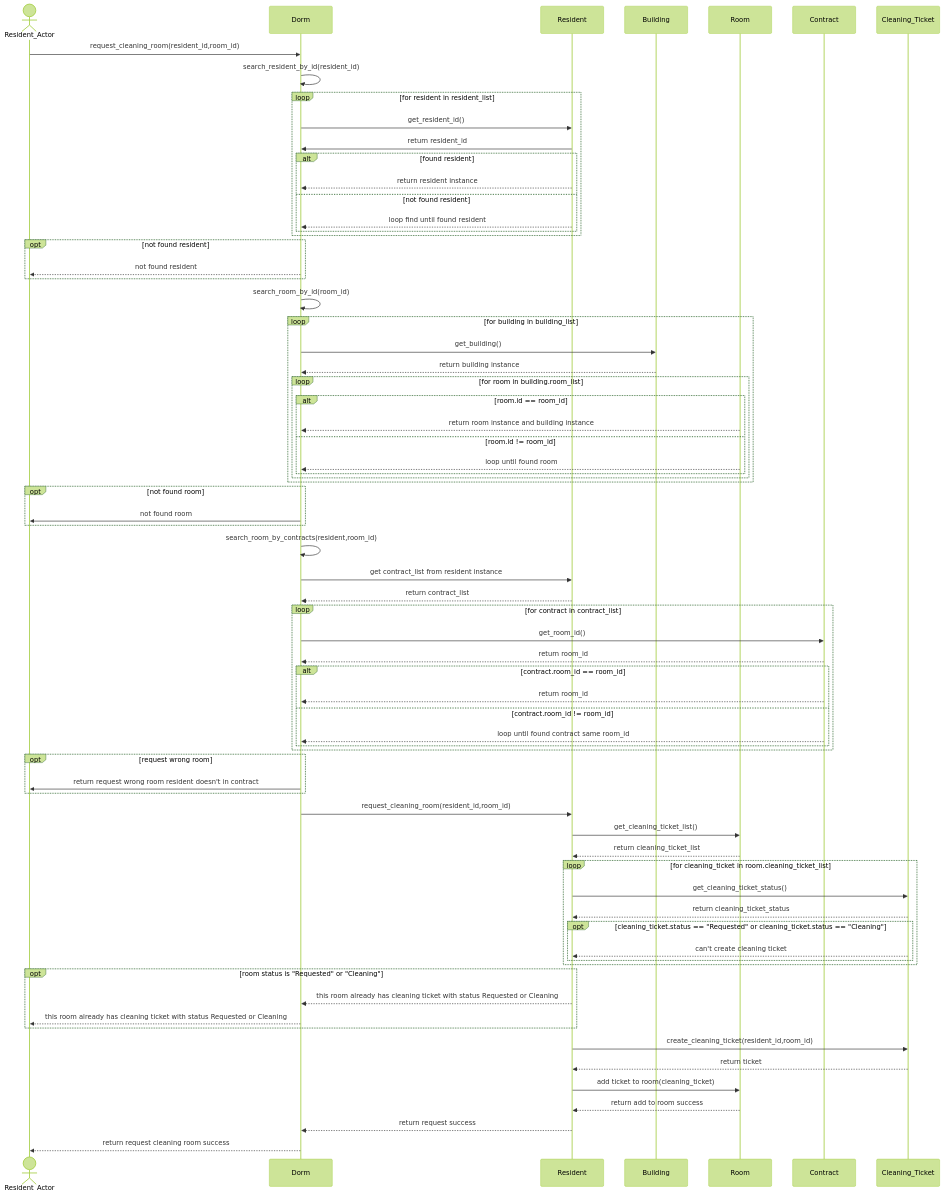
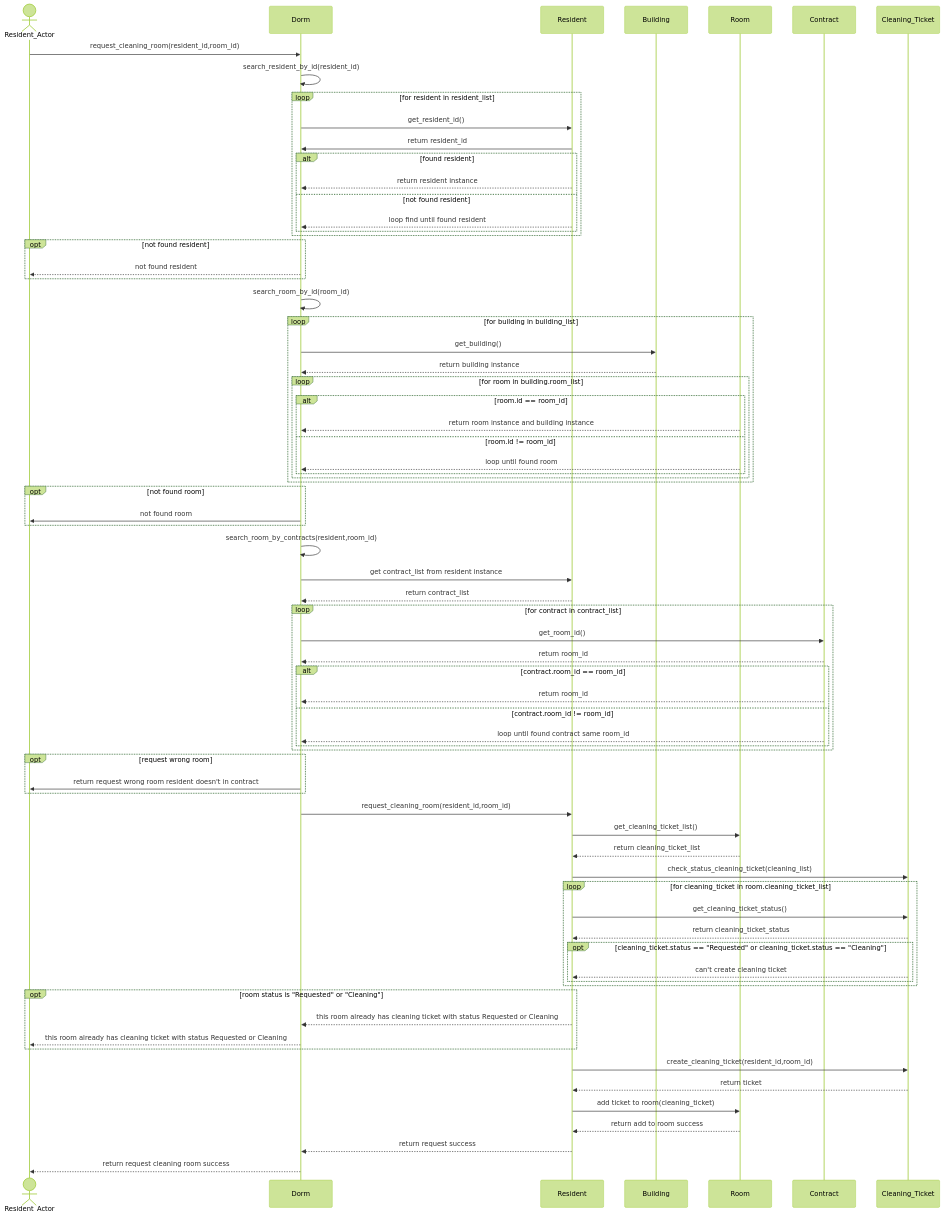
One commit to rnjjkk/Ducky-Dicka changed the diagram in sequence/request_cleaning_room/request_cleaning_room.mmd. Above: the diagram before and after it, drawn with Mermaid. The commit also changed 2 other files, not shown here.

Commit message:
add check_status_cleaning_ticket in sequence

```diff
--- a/sequence/request_cleaning_room/request_cleaning_room.mmd
+++ b/sequence/request_cleaning_room/request_cleaning_room.mmd
@@ -1,103 +1,104 @@
 %%{init: {"theme": "forest"}}%%
 sequenceDiagram
     %% participant
     actor resAc as Resident_Actor
     participant d as Dorm
     participant res as Resident
     participant b as Building
     participant room as Room
     participant contract as Contract
     participant cleaning_ticket as Cleaning_Ticket
 
     resAc ->> d:request_cleaning_room(resident_id,room_id)
 
     d ->> d:search_resident_by_id(resident_id)
 
     loop for resident in resident_list
 
         d ->> res:get_resident_id()
         res ->> d:return resident_id
 
         alt found resident
             res -->> d:return resident instance
         else not found resident
             res -->> d:loop find until found resident
         end
 
     end
 
     opt not found resident
         d -->> resAc:not found resident
     end
 
     d ->> d:search_room_by_id(room_id)
 
     loop for building in building_list
     
         d ->> b:get_building()
         b -->> d:return building instance
 
         loop for room in building.room_list
         
             alt room.id == room_id
                 room -->> d:return room instance and building instance
             else room.id != room_id
                 room -->>d:loop until found room
 
             end
         end
     end
 
     opt not found room
         d ->> resAc:not found room
     end
 
     d ->>d:search_room_by_contracts(resident,room_id)
 
     d ->> res:get contract_list from resident instance
     res -->> d:return contract_list
 
     loop for contract in contract_list
 
         d ->> contract:get_room_id()
         contract -->> d:return room_id
 
         alt contract.room_id == room_id
             contract -->> d:return room_id
         else contract.room_id != room_id
             contract -->> d:loop until found contract same room_id
         end
     
     end
     
     opt request wrong room
     d ->> resAc:return request wrong room resident doesn't in contract
     end
 
     d ->> res:request_cleaning_room(resident_id,room_id)
     res ->> room:get_cleaning_ticket_list()
     room -->> res:return cleaning_ticket_list
+    res ->> cleaning_ticket:check_status_cleaning_ticket(cleaning_list)
     
     loop for cleaning_ticket in room.cleaning_ticket_list
 
         res ->> cleaning_ticket:get_cleaning_ticket_status()
         cleaning_ticket -->> res:return cleaning_ticket_status
 
         opt cleaning_ticket.status == "Requested" or cleaning_ticket.status == "Cleaning"
             cleaning_ticket -->> res:can't create cleaning ticket
         end
 
     end
     
     opt room status is "Requested" or "Cleaning"
         res -->> d:this room already has cleaning ticket with status Requested or Cleaning
         d -->> resAc:this room already has cleaning ticket with status Requested or Cleaning
     end
     
     
     res ->> cleaning_ticket:create_cleaning_ticket(resident_id,room_id)
     cleaning_ticket -->> res:return ticket 
     res ->> room:add ticket to room(cleaning_ticket)
     room -->> res:return add to room success
     res -->> d:return request success
     d -->> resAc:return request cleaning room success
```
